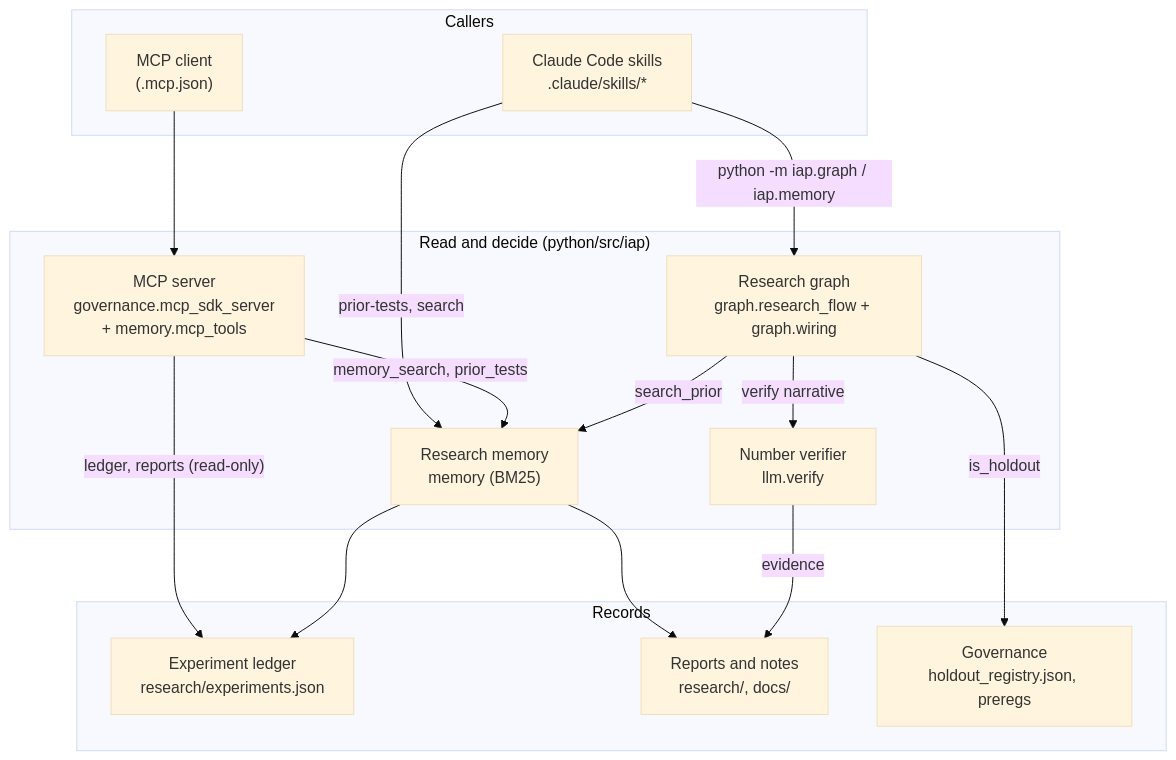
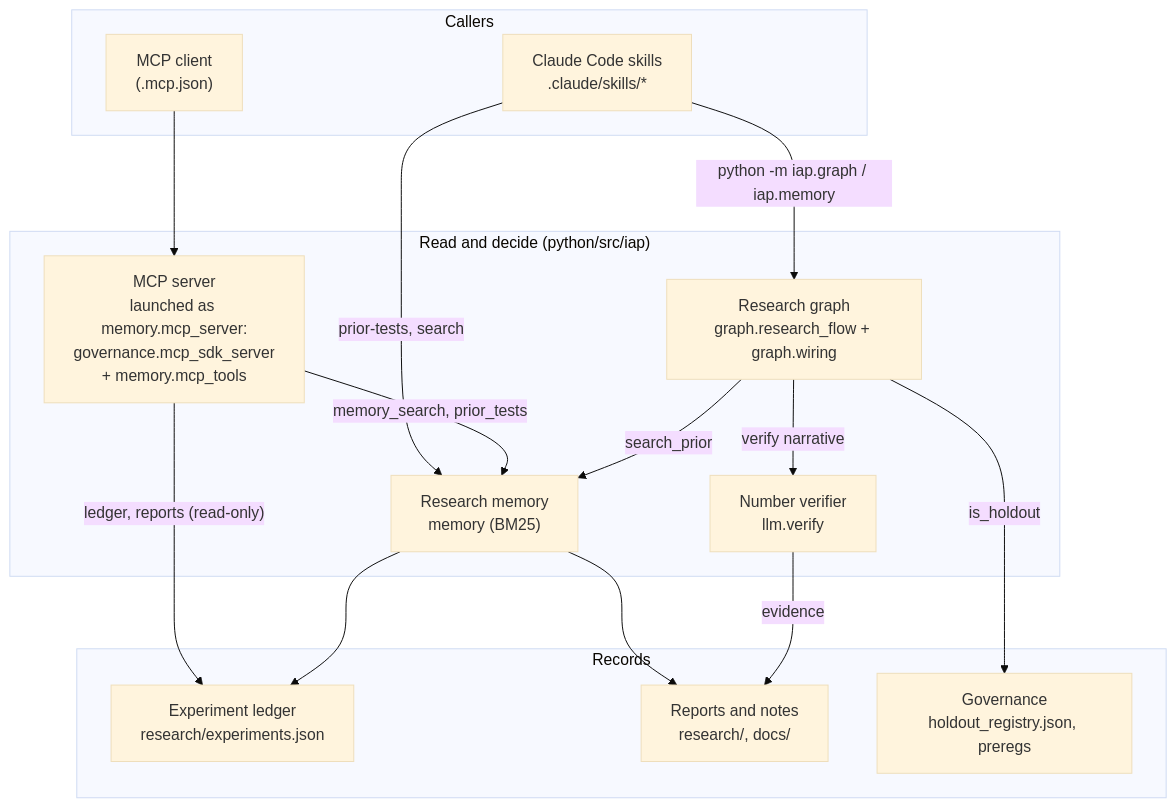
The diagram in docs/AI_STACK.md (AshJha0/intraday-alpha-platform), drawn with Mermaid (base theme) before and after one commit. The commit also changed other lines of this file and 11 other files, not shown here.

````diff
--- a/docs/AI_STACK.md
+++ b/docs/AI_STACK.md
@@ -13,29 +13,29 @@
 ```mermaid
 flowchart TB
     subgraph top["Callers"]
         SK["Claude Code skills<br/>.claude/skills/*"]
         MC["MCP client<br/>(.mcp.json)"]
     end
     subgraph mid["Read and decide (python/src/iap)"]
-        MS["MCP server<br/>governance.mcp_sdk_server<br/>+ memory.mcp_tools"]
+        MS["MCP server<br/>launched as memory.mcp_server:<br/>governance.mcp_sdk_server<br/>+ memory.mcp_tools"]
         GR["Research graph<br/>graph.research_flow + graph.wiring"]
         ME["Research memory<br/>memory (BM25)"]
         VE["Number verifier<br/>llm.verify"]
     end
     subgraph low["Records"]
         LE["Experiment ledger<br/>research/experiments.json"]
         RE["Reports and notes<br/>research/, docs/"]
         GO["Governance<br/>holdout_registry.json, preregs"]
     end
     SK -->|"python -m iap.graph / iap.memory"| GR
     SK -->|"prior-tests, search"| ME
     MC --> MS
     MS -->|"memory_search, prior_tests"| ME
     MS -->|"ledger, reports (read-only)"| LE
     GR -->|"search_prior"| ME
     GR -->|"is_holdout"| GO
     GR -->|"verify narrative"| VE
     ME --> LE
     ME --> RE
     VE -->|"evidence"| RE
 ```
````
